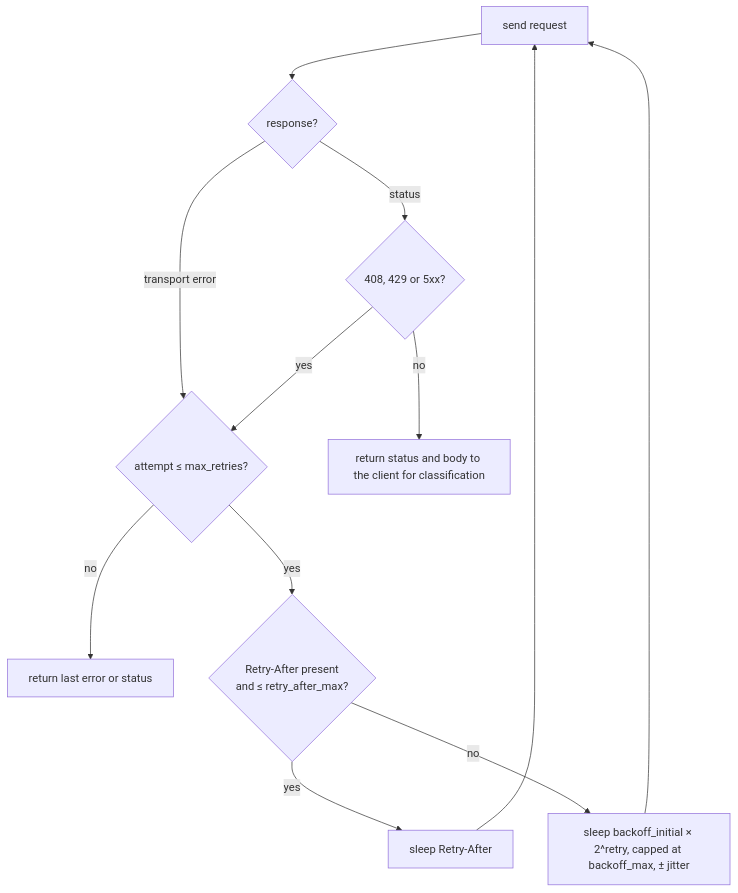
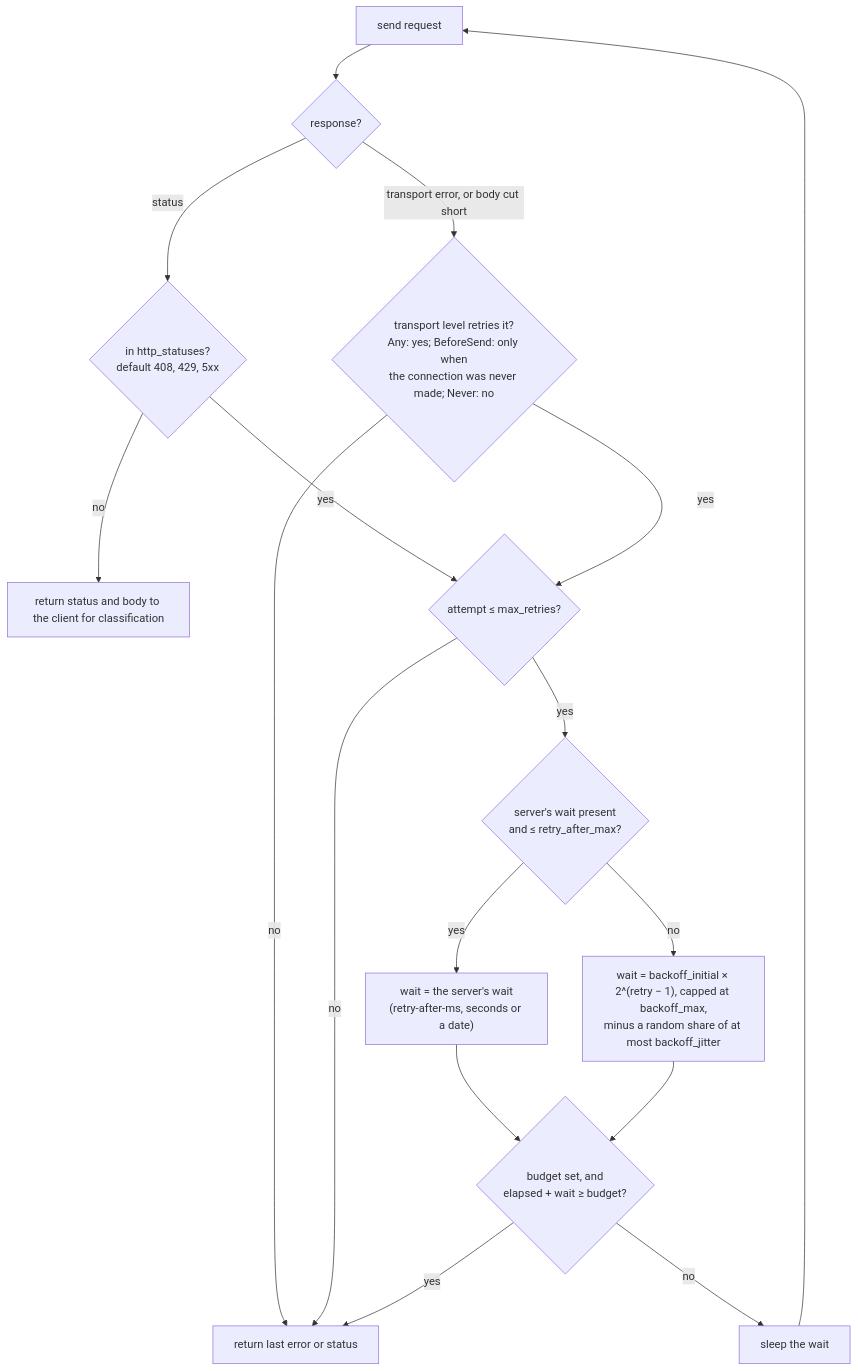
One commit to chussenot/signalman changed the second of 2 diagrams in docs/typesafe-client.md. Above: the diagram before and after it, drawn with Mermaid. The commit also changed other lines of this file and 20 other files, not shown here.

First line of the commit message:
judgment: retry-after-ms, HTTP-date waits, one-sided jitter, opt-in budget and conservative() (7v9.5)

````diff
--- a/docs/typesafe-client.md
+++ b/docs/typesafe-client.md
@@ -47,13 +47,17 @@
 ```mermaid
 flowchart TD
     S[send request] --> R{response?}
-    R -->|transport error| T{attempt ≤ max_retries?}
-    R -->|status| C{408, 429 or 5xx?}
+    R -->|status| C{"in http_statuses?<br/>default 408, 429, 5xx"}
+    R -->|"transport error, or body cut short"| X{"transport level retries it?<br/>Any: yes; BeforeSend: only when<br/>the connection was never made; Never: no"}
     C -->|no| DONE[return status and body to the client for classification]
-    C -->|yes| T
-    T -->|no| FAIL[return last error or status]
-    T -->|yes| W{Retry-After present<br/>and ≤ retry_after_max?}
-    W -->|yes| SLEEP1[sleep Retry-After]
-    W -->|no| SLEEP2[sleep backoff_initial × 2^retry, capped at backoff_max, ± jitter]
-    SLEEP1 & SLEEP2 --> S
+    C -->|yes| T{"attempt ≤ max_retries?"}
+    X -->|yes| T
+    X -->|no| FAIL[return last error or status]
+    T -->|no| FAIL
+    T -->|yes| W{"server's wait present<br/>and ≤ retry_after_max?"}
+    W -->|yes| D1["wait = the server's wait<br/>(retry-after-ms, seconds or a date)"]
+    W -->|no| D2["wait = backoff_initial × 2^(retry − 1), capped at backoff_max,<br/>minus a random share of at most backoff_jitter"]
+    D1 & D2 --> B{"budget set, and<br/>elapsed + wait ≥ budget?"}
+    B -->|yes| FAIL
+    B -->|no| SLEEP[sleep the wait] --> S
 ```
````
